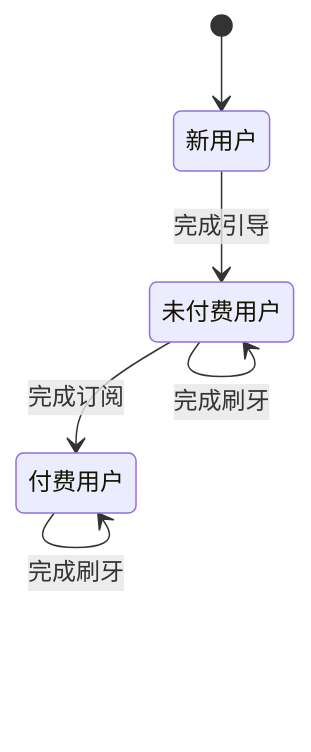
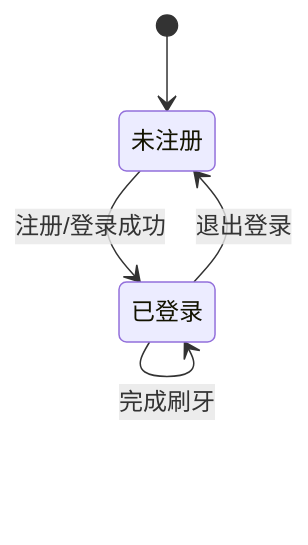
The second of 3 diagrams in docs/prd/PRD-001.md (EditionJI/BrushBoody), drawn with Mermaid before and after one commit. The commit also changed other lines of this file, not shown here.

````diff
--- a/docs/prd/PRD-001.md
+++ b/docs/prd/PRD-001.md
@@ -175,9 +200,8 @@
 ```mermaid
 stateDiagram-v2
-    [*] --> 新用户
-    新用户 --> 未付费用户: 完成引导
-    未付费用户 --> 付费用户: 完成订阅
-    付费用户 --> 付费用户: 创建新绘本
-    付费用户 --> 付费用户: 完成刷牙
-    未付费用户 --> 未付费用户: 完成刷牙
+    [*] --> 未注册
+    未注册 --> 已登录: 注册/登录成功
+    已登录 --> 已登录: 创建新绘本
+    已登录 --> 已登录: 完成刷牙
+    已登录 --> 未注册: 退出登录
 ```
````
